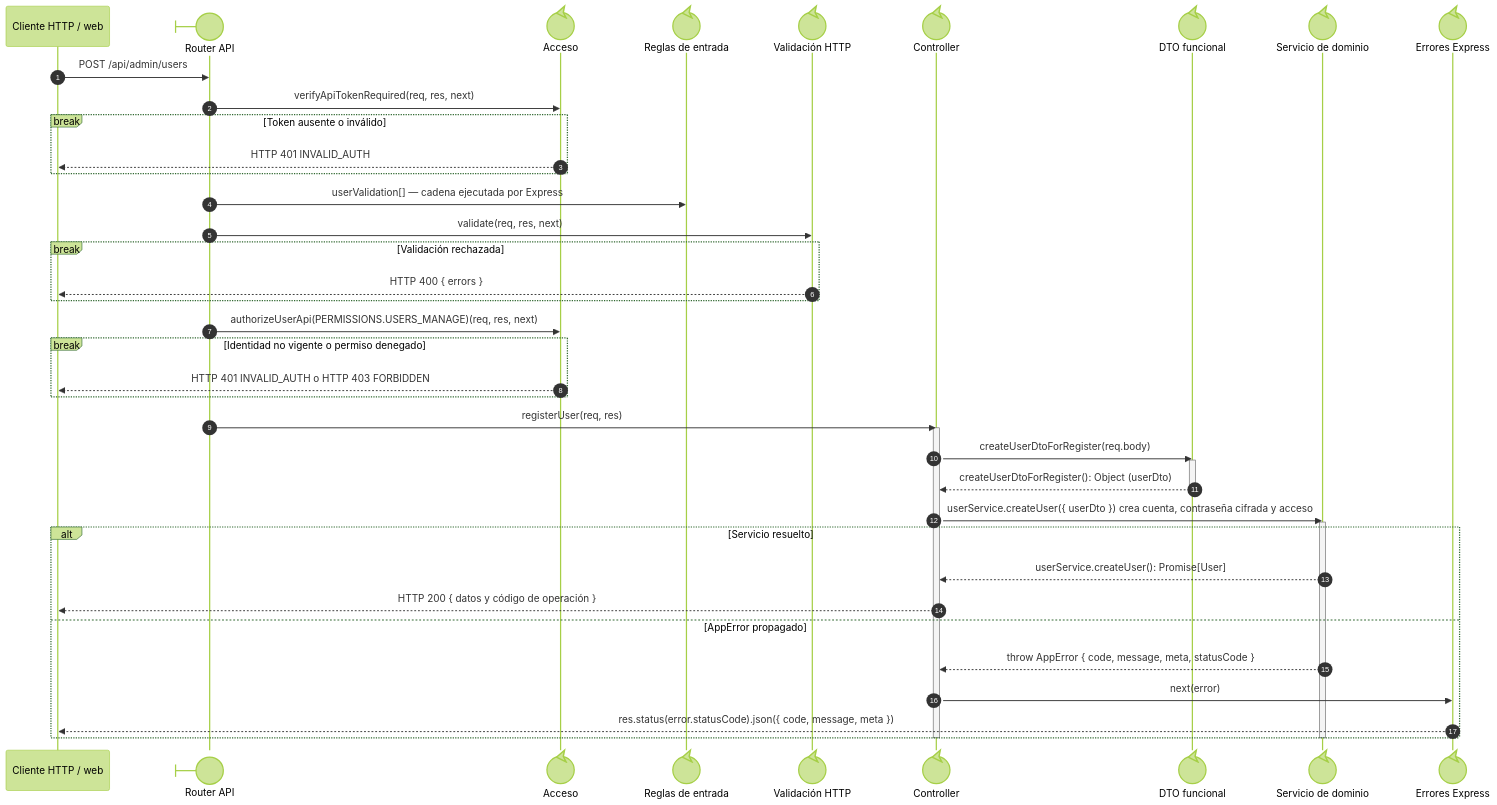
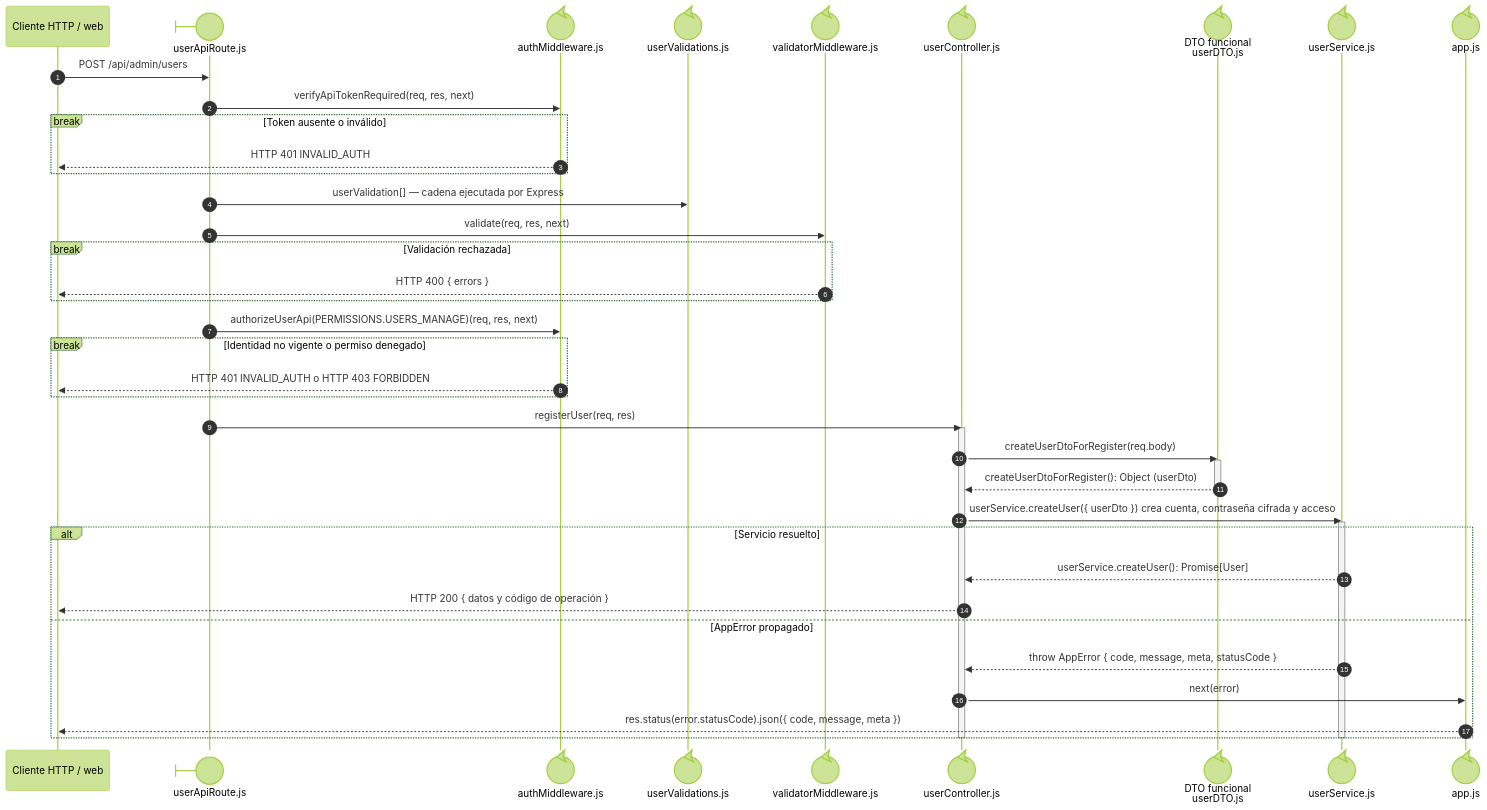
The diagram in docs/architecture/views/processes/backend-code-sequences/identity-access/cu-ida-06.md (gpgsistemas01/nexus), drawn with Mermaid (forest theme) before and after one commit. The commit also changed other lines of this file and 192 other files, not shown here.

Commit message:
docs: make sequence file ownership explicit and align code flows

````diff
--- a/docs/architecture/views/processes/backend-code-sequences/identity-access/cu-ida-06.md
+++ b/docs/architecture/views/processes/backend-code-sequences/identity-access/cu-ida-06.md
@@ -26,46 +28,46 @@
 ```mermaid
 sequenceDiagram
     autonumber
     participant Client as Cliente HTTP / web
-    participant Route@{ "type": "boundary" } as Router API
-    participant Auth@{ "type": "control" } as Acceso
-    participant ValidationRules@{ "type": "control" } as Reglas de entrada
-    participant Validator@{ "type": "control" } as Validación HTTP
-    participant Controller@{ "type": "control" } as Controller
-    participant UserDto@{ "type": "control" } as DTO funcional
-    participant Domain@{ "type": "control" } as Servicio de dominio
-    participant ErrorHandler@{ "type": "control" } as Errores Express
+    participant Route@{ "type": "boundary" } as userApiRoute.js
+    participant Auth@{ "type": "control" } as authMiddleware.js
+    participant ValidationRules@{ "type": "control" } as userValidations.js
+    participant Validator@{ "type": "control" } as validatorMiddleware.js
+    participant Controller@{ "type": "control" } as userController.js
+    participant UserDto@{ "type": "control" } as DTO funcional<br/>userDTO.js
+    participant Domain@{ "type": "control" } as userService.js
+    participant ErrorHandler@{ "type": "control" } as app.js
 
     Client->>Route: POST /api/admin/users
     Route->>Auth: verifyApiTokenRequired(req, res, next)
     break Token ausente o inválido
         Auth-->>Client: HTTP 401 INVALID_AUTH
     end
     Route->>ValidationRules: userValidation[] — cadena ejecutada por Express
     Route->>Validator: validate(req, res, next)
     break Validación rechazada
         Validator-->>Client: HTTP 400 { errors }
     end
     Route->>Auth: authorizeUserApi(PERMISSIONS.USERS_MANAGE)(req, res, next)
     break Identidad no vigente o permiso denegado
         Auth-->>Client: HTTP 401 INVALID_AUTH o HTTP 403 FORBIDDEN
     end
     Route->>Controller: registerUser(req, res)
     activate Controller
     Controller->>UserDto: createUserDtoForRegister(req.body)
     activate UserDto
     UserDto-->>Controller: createUserDtoForRegister(): Object (userDto)
     deactivate UserDto
     Controller->>Domain: userService.createUser({ userDto }) crea cuenta, contraseña cifrada y acceso
     activate Domain
     alt Servicio resuelto
         Domain-->>Controller: userService.createUser(): Promise[User]
         Controller-->>Client: HTTP 200 { datos y código de operación }
     else AppError propagado
         Domain-->>Controller: throw AppError { code, message, meta, statusCode }
         Controller->>ErrorHandler: next(error)
         ErrorHandler-->>Client: res.status(error.statusCode).json({ code, message, meta })
     end
     deactivate Domain
     deactivate Controller
 ```
````
